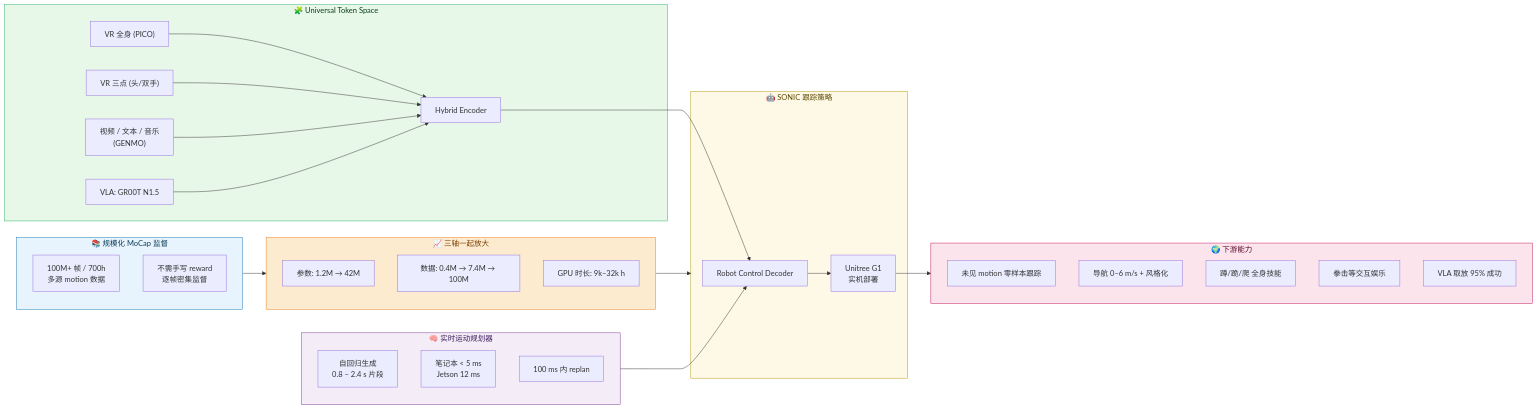
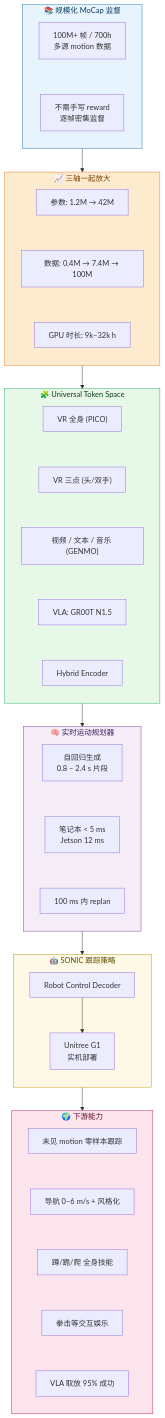
Before and after one commit to ImChong/Humanoid_Robot_Learning_Paper_Notebooks: the diagram in papers/03_High_Impact_Selection/SONIC_Supersizing_Motion_Tracking_for_Natural_Humanoid_Control/SONIC_Supersizing_Motion_Tracking_for_Natural_Humanoid_Control.md, drawn with Mermaid.

Commit message:
docs(SONIC): 整体框架流程图改为垂直排布
mermaid flowchart 从 LR 改为 TB，并给每个 subgraph 加上 direction TB +
~~~ 串联，确保在移动端把节点纵向堆叠，避免横向布局把文字压得过小看不清。

主流程边由原来的 DATA→SCALE→POLICY / ENC→R1 / PLAN→R1 / R2→DEPLOY 改为
DATA→SCALE→TOKEN→PLAN→POLICY→DEPLOY 的线性贯穿，配合 max-width:520px 限
制桌面端不会被过度放大。

```diff
--- a/papers/03_High_Impact_Selection/SONIC_Supersizing_Motion_Tracking_for_Natural_Humanoid_Control/SONIC_Supersizing_Motion_Tracking_for_Natural_Humanoid_Control.md
+++ b/papers/03_High_Impact_Selection/SONIC_Supersizing_Motion_Tracking_for_Natural_Humanoid_Control/SONIC_Supersizing_Motion_Tracking_for_Natural_Humanoid_Control.md
@@ -104,57 +104,65 @@
-<div class="mermaid">
-flowchart LR
+<div class="mermaid" style="max-width:520px;margin:0 auto;">
+flowchart TB
     subgraph DATA["📚 规模化 MoCap 监督"]
+        direction TB
         D1["100M+ 帧 / 700h<br/>多源 motion 数据"]
         D2["不需手写 reward<br/>逐帧密集监督"]
+        D1 ~~~ D2
     end
 
     subgraph SCALE["📈 三轴一起放大"]
+        direction TB
         S1["参数: 1.2M → 42M"]
         S2["数据: 0.4M → 7.4M → 100M"]
         S3["GPU 时长: 9k–32k h"]
+        S1 ~~~ S2 ~~~ S3
     end
 
     subgraph TOKEN["🧩 Universal Token Space"]
+        direction TB
         T1["VR 全身 (PICO)"]
         T2["VR 三点 (头/双手)"]
-        T3["视频 / 文本 / 音乐<br/>(GENMO)"]
+        T3["视频 / 文本 / 音乐 (GENMO)"]
         T4["VLA: GR00T N1.5"]
-        T1 --> ENC["Hybrid Encoder"]
-        T2 --> ENC
-        T3 --> ENC
-        T4 --> ENC
+        ENC["Hybrid Encoder"]
+        T1 ~~~ T2 ~~~ T3 ~~~ T4 ~~~ ENC
     end
 
     subgraph PLAN["🧠 实时运动规划器"]
+        direction TB
         P1["自回归生成<br/>0.8 – 2.4 s 片段"]
         P2["笔记本 < 5 ms<br/>Jetson 12 ms"]
         P3["100 ms 内 replan"]
+        P1 ~~~ P2 ~~~ P3
     end
 
     subgraph POLICY["🤖 SONIC 跟踪策略"]
+        direction TB
         R1["Robot Control Decoder"]
         R2["Unitree G1<br/>实机部署"]
+        R1 --> R2
     end
 
     subgraph DEPLOY["🌍 下游能力"]
+        direction TB
         E1["未见 motion 零样本跟踪"]
         E2["导航 0–6 m/s + 风格化"]
         E3["蹲/跪/爬 全身技能"]
         E4["拳击等交互娱乐"]
         E5["VLA 取放 95% 成功"]
+        E1 ~~~ E2 ~~~ E3 ~~~ E4 ~~~ E5
     end
 
     DATA --> SCALE
-    SCALE --> POLICY
-    ENC --> R1
-    PLAN --> R1
-    R1 --> R2
-    R2 --> DEPLOY
+    SCALE --> TOKEN
+    TOKEN --> PLAN
+    PLAN --> POLICY
+    POLICY --> DEPLOY
 
     style DATA fill:#e8f4fd,stroke:#1f78b4,color:#0b3d5c
     style SCALE fill:#fdebd0,stroke:#e67e22,color:#7a3e00
     style TOKEN fill:#e8f8e8,stroke:#27ae60,color:#0b3d1a
     style PLAN fill:#f4ecf7,stroke:#7d3c98,color:#3d1f5c
     style POLICY fill:#fef9e7,stroke:#b7950b,color:#5c4a00
     style DEPLOY fill:#fce4ec,stroke:#c2185b,color:#5c0b2b
 </div>
```
